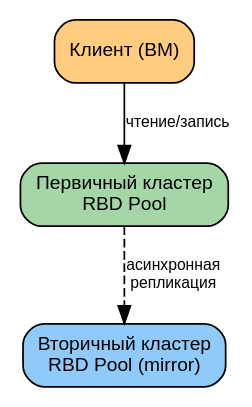
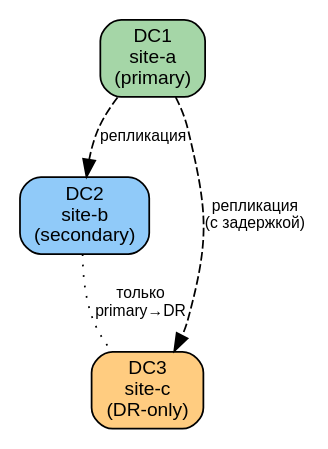
Before and after one commit to dedvmedved-dot/ceph-textbook: the seventh of 10 diagrams in part-VI.md, drawn with Graphviz. The commit also changed other lines of this file and 2 other files, not shown here.

````diff
--- a/part-VI.md
+++ b/part-VI.md
@@ -571,14 +1217,15 @@
 ```dot
 digraph {
     bgcolor=white
     node [fontname="Arial" fontsize=11 fontcolor=black shape=box style="filled,rounded"]
     edge [fontname="Arial" fontsize=9 fontcolor=black]
 
-    primary [label="Первичный кластер\nRBD Pool" fillcolor="#A5D6A7"]
-    secondary [label="Вторичный кластер\nRBD Pool (mirror)" fillcolor="#90CAF9"]
-    client [label="Клиент (ВМ)" fillcolor="#FFCC80"]
+    dc1 [label="DC1\nsite-a\n(primary)" fillcolor="#A5D6A7"]
+    dc2 [label="DC2\nsite-b\n(secondary)" fillcolor="#90CAF9"]
+    dc3 [label="DC3\nsite-c\n(DR-only)" fillcolor="#FFCC80"]
 
-    client -> primary [label="чтение/запись"]
-    primary -> secondary [label="асинхронная\nрепликация" style=dashed]
+    dc1 -> dc2 [label="репликация" style=dashed]
+    dc1 -> dc3 [label="репликация\n(с задержкой)" style=dashed]
+    dc2 -> dc3 [dir=none label="только\nprimary→DR" style=dotted]
 }
 ```
````
